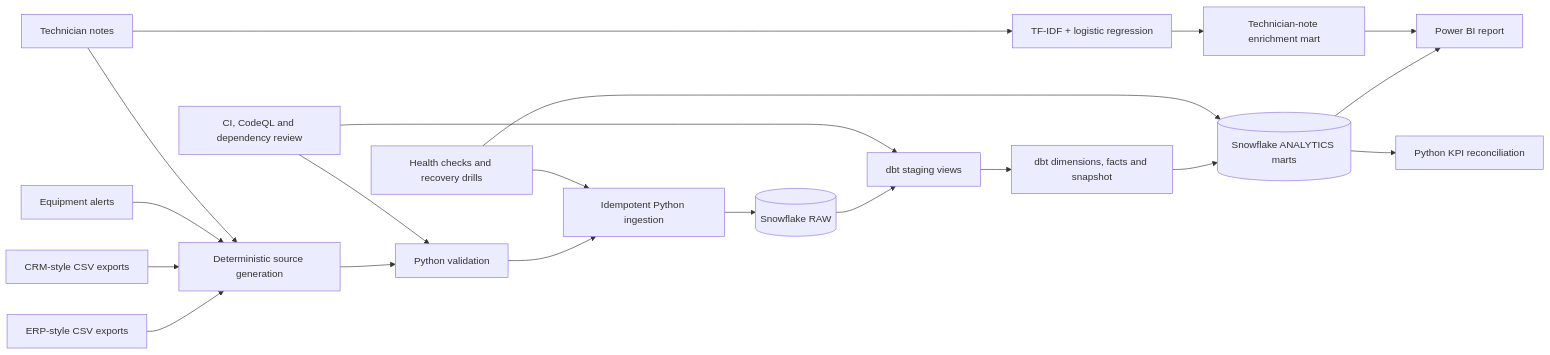
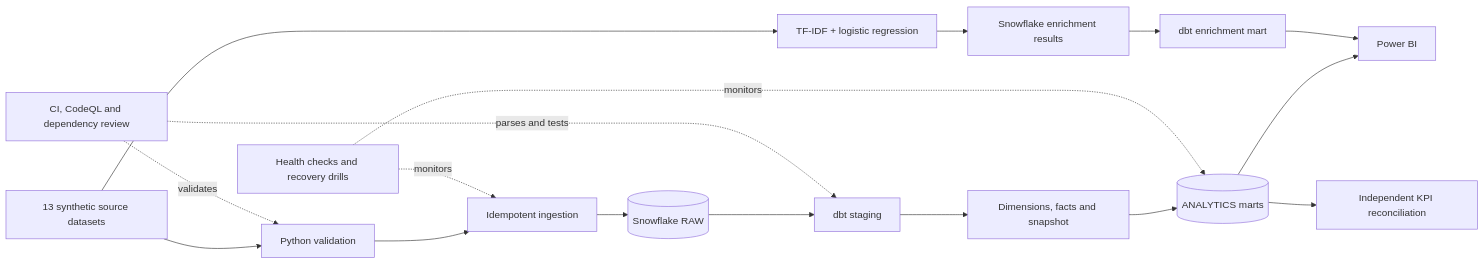
The diagram in README.md (sakthi-kr/industrial-service-data-platform), drawn with Mermaid before and after one commit. The commit also changed other lines of this file and 15 other files, not shown here.

````diff
--- a/README.md
+++ b/README.md
@@ -25,25 +25,22 @@
 ```mermaid
 flowchart LR
-    ERP[ERP-style CSV exports] --> GEN[Deterministic source generation]
-    CRM[CRM-style CSV exports] --> GEN
-    MON[Equipment alerts] --> GEN
-    NOTES[Technician notes] --> GEN
+    SRC[13 synthetic source datasets] --> VAL[Python validation]
+    VAL --> ING[Idempotent ingestion]
+    ING --> RAW[(Snowflake RAW)]
+    RAW --> STG[dbt staging]
+    STG --> CORE[Dimensions, facts and snapshot]
+    CORE --> MARTS[(ANALYTICS marts)]
 
-    GEN --> VAL[Python validation]
-    VAL --> ING[Idempotent Python ingestion]
-    ING --> RAW[(Snowflake RAW)]
-    RAW --> STG[dbt staging views]
-    STG --> CORE[dbt dimensions, facts and snapshot]
-    CORE --> MARTS[(Snowflake ANALYTICS marts)]
+    SRC --> ML[TF-IDF + logistic regression]
+    ML --> PUB[Snowflake enrichment results]
+    PUB --> ENRICH[dbt enrichment mart]
 
-    MARTS --> PBI[Power BI report]
-    MARTS --> REC[Python KPI reconciliation]
-    NOTES --> ML[TF-IDF + logistic regression]
-    ML --> ENRICH[Technician-note enrichment mart]
+    MARTS --> PBI[Power BI]
+    MARTS --> REC[Independent KPI reconciliation]
     ENRICH --> PBI
 
-    OPS[Health checks and recovery drills] --> ING
-    OPS --> MARTS
-    CI[CI, CodeQL and dependency review] --> VAL
-    CI --> STG
+    OPS[Health checks and recovery drills] -. monitors .-> ING
+    OPS -. monitors .-> MARTS
+    CI[CI, CodeQL and dependency review] -. validates .-> VAL
+    CI -. parses and tests .-> STG
 ```
````
